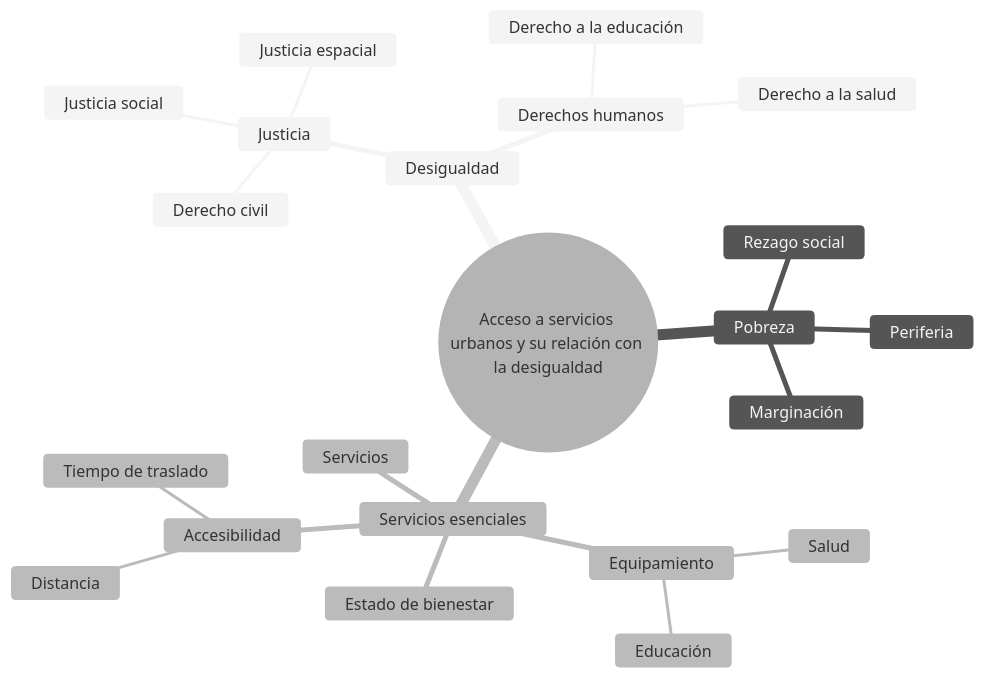
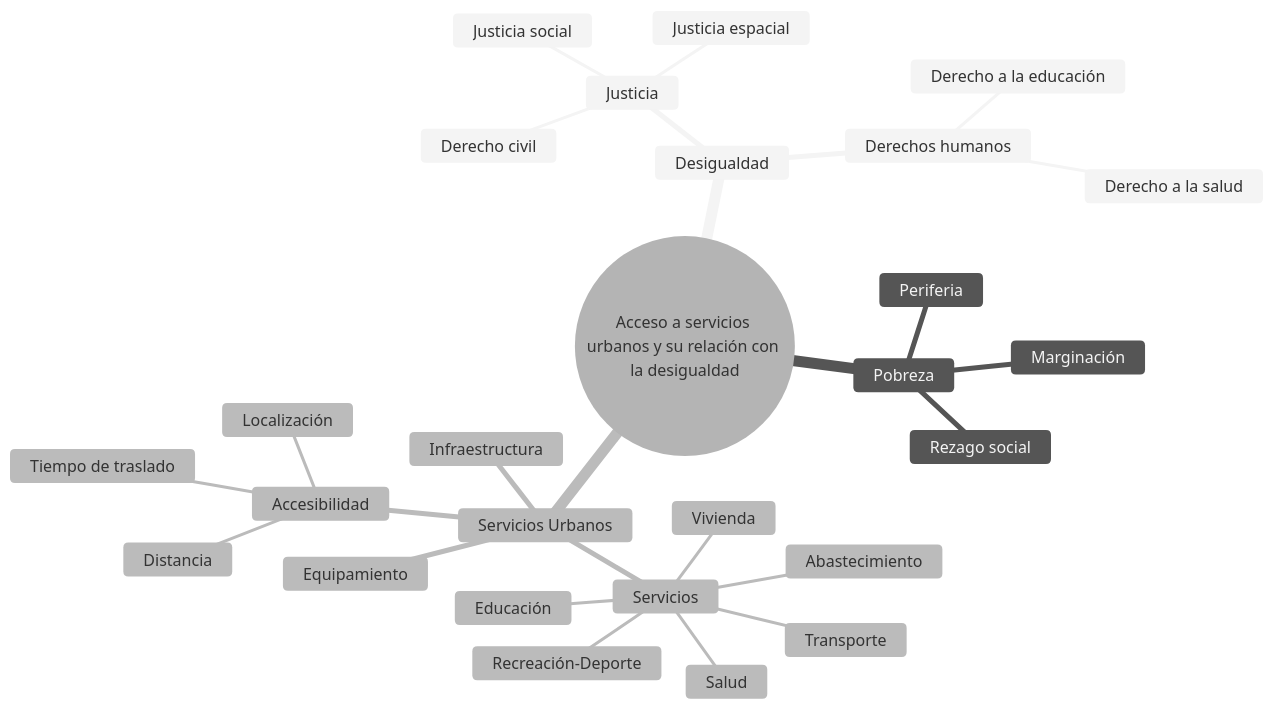
Before and after one commit to isarivg/esquema_marco_teorico: the diagram in principal.md, drawn with Mermaid (neutral theme).

````diff
--- a/principal.md
+++ b/principal.md
@@ -1,25 +1,30 @@
 ```mermaid
 mindmap
   root((Acceso a servicios urbanos y su relación con la desigualdad))
     Desigualdad
       Justicia
         Derecho civil
         Justicia social
         Justicia espacial
       Derechos humanos
         Derecho a la salud
         Derecho a la educación
     Pobreza
       Rezago social
       Periferia
       Marginación
-    Servicios esenciales
+    Servicios Urbanos
       Equipamiento
+      Infraestructura
+      Servicios
+        Vivienda
         Salud
         Educación
-      Servicios
-      Estado de bienestar
+        Abastecimiento
+        Recreación-Deporte
+        Transporte
       Accesibilidad
         Distancia
         Tiempo de traslado
+        Localización
 ```
````
